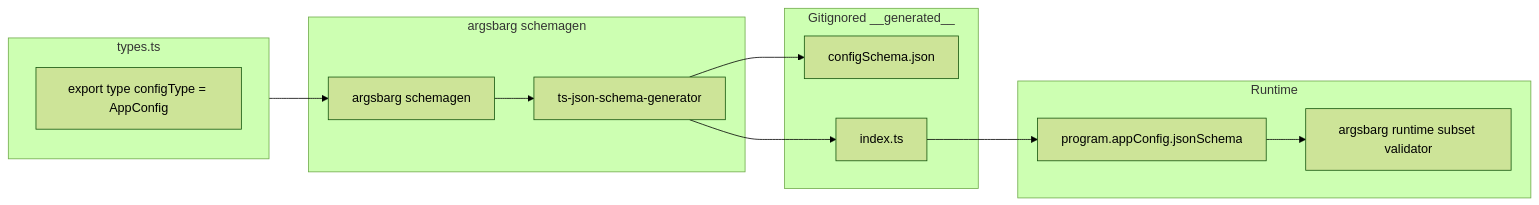
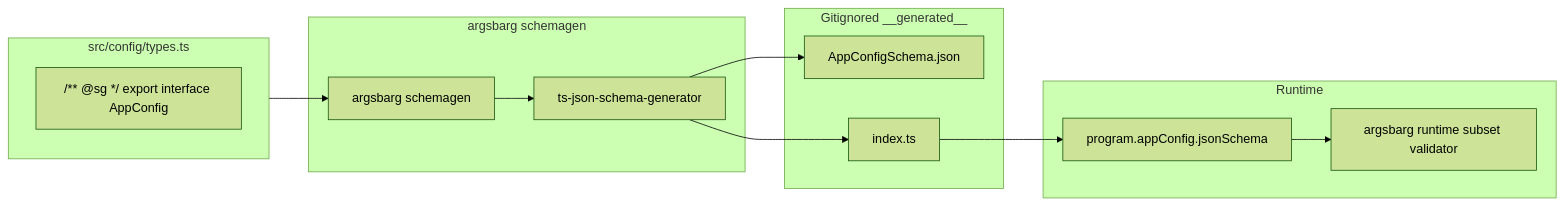
The diagram in docs/config-schema.md (bdombro/bun-argsbarg), drawn with Mermaid (forest theme) before and after one commit. The commit also changed other lines of this file and 288 other files, not shown here.

````diff
--- a/docs/config-schema.md
+++ b/docs/config-schema.md
@@ -143,20 +143,20 @@
 ```mermaid
 flowchart LR
-  subgraph types [types.ts]
-    Marker["export type configType = AppConfig"]
+  subgraph src [src/config/types.ts]
+    Marker["/** @sg */ export interface AppConfig"]
   end
   subgraph gen [argsbarg schemagen]
     Script["argsbarg schemagen"]
     Gen["ts-json-schema-generator"]
   end
   subgraph artifacts [Gitignored __generated__]
-    Json["configSchema.json"]
+    Json["AppConfigSchema.json"]
     Index["index.ts"]
   end
   subgraph runtime [Runtime]
     Program["program.appConfig.jsonSchema"]
     Validate["argsbarg runtime subset validator"]
   end
-  types --> Script --> Gen --> Json
+  src --> Script --> Gen --> Json
   Gen --> Index --> Program --> Validate
 ```
````
